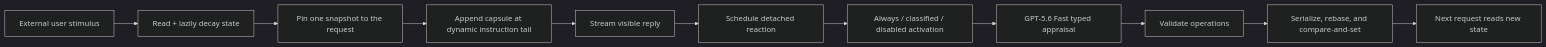
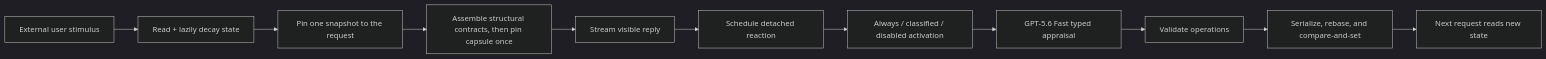
Before and after one commit to ProjectViventium/viventium: the diagram in docs/requirements_and_learnings/54_Emotional_Cortex_And_Feeling_State.md, drawn with Mermaid (dark theme). The commit also changed other lines of this file and 329 other files, not shown here.

````diff
--- a/docs/requirements_and_learnings/54_Emotional_Cortex_And_Feeling_State.md
+++ b/docs/requirements_and_learnings/54_Emotional_Cortex_And_Feeling_State.md
@@ -171,13 +244,13 @@
 ```mermaid
 flowchart LR
     A["External user stimulus"] --> B["Read + lazily decay state"]
     B --> C["Pin one snapshot to the request"]
-    C --> D["Append capsule at dynamic instruction tail"]
+    C --> D["Assemble structural contracts, then pin capsule once"]
     D --> E["Stream visible reply"]
     E --> F["Schedule detached reaction"]
     F --> G["Always / classified / disabled activation"]
     G --> H["GPT-5.6 Fast typed appraisal"]
     H --> I["Validate operations"]
     I --> J["Serialize, rebase, and compare-and-set"]
     J --> K["Next request reads new state"]
 ```
````
